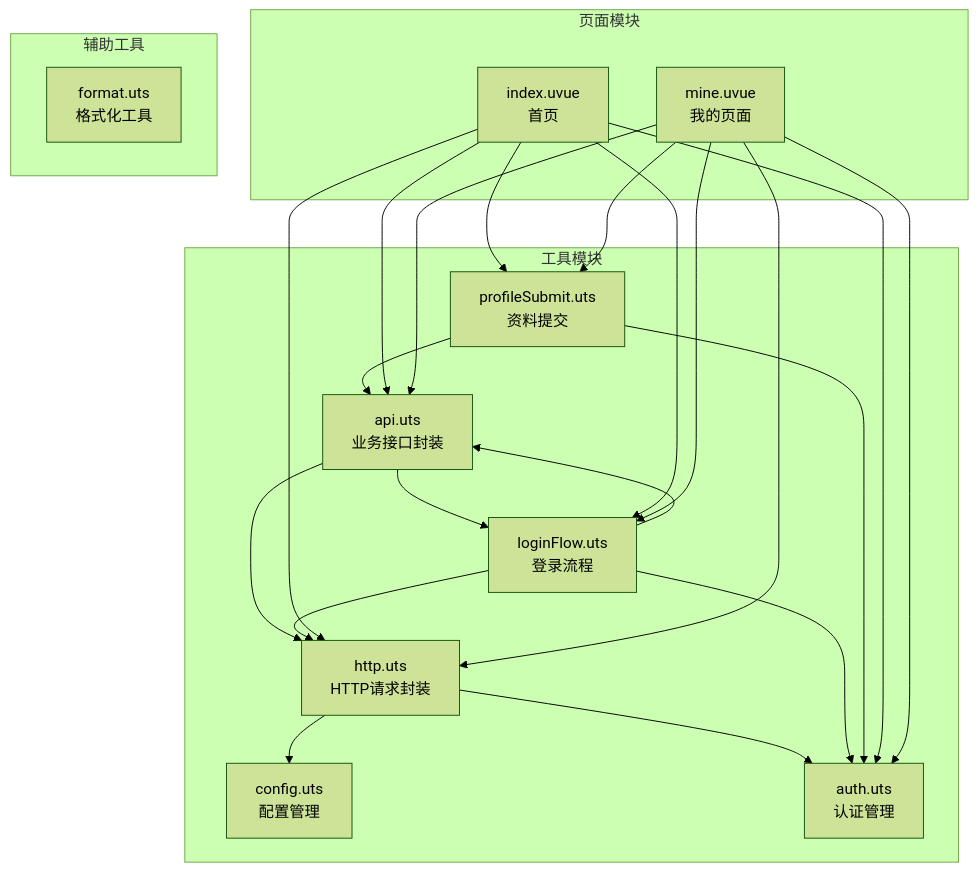
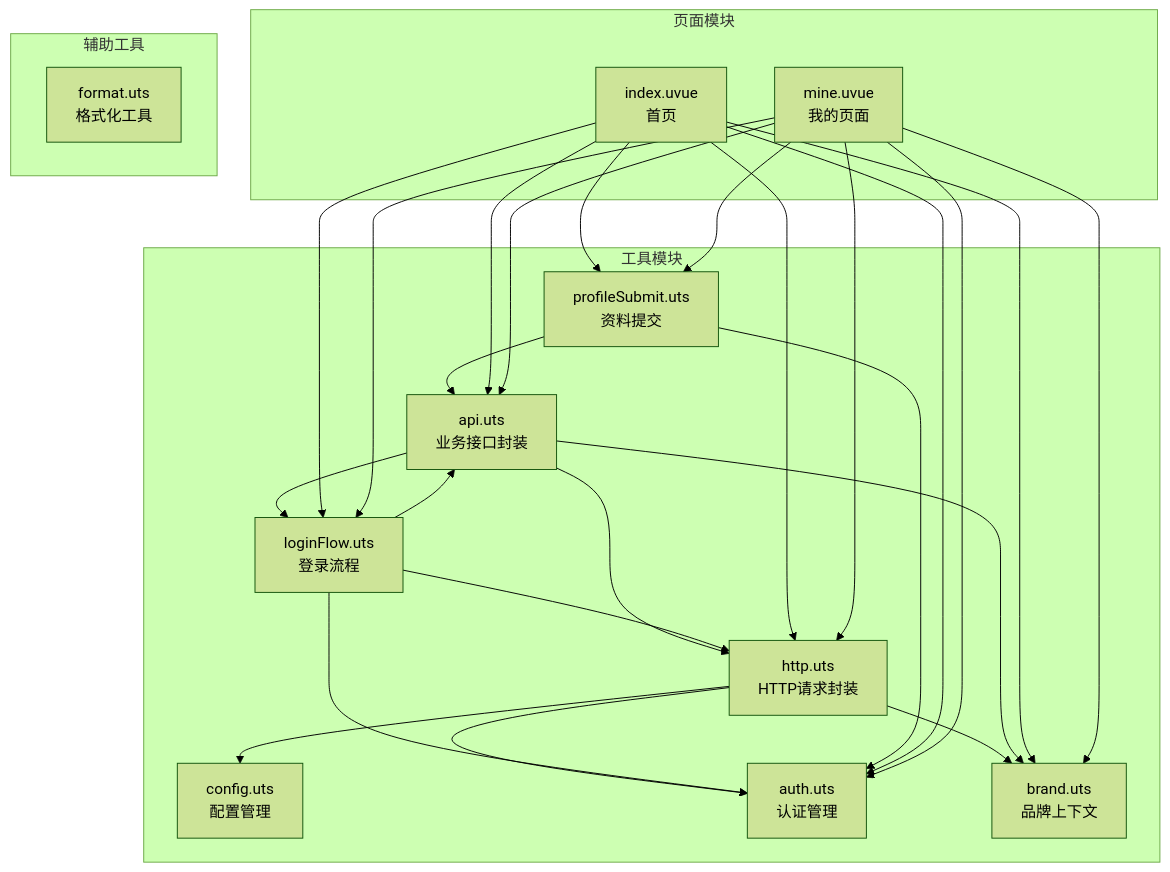
One commit to crazyma99/blueberry changed the first of 9 diagrams in .qoder/repowiki/zh/content/工具模块详解/HTTP请求封装器.md. Above: the diagram before and after it, drawn with Mermaid (forest theme). The commit also changed other lines of this file and 6 other files, not shown here.

````diff
--- a/.qoder/repowiki/zh/content/工具模块详解/HTTP请求封装器.md
+++ b/.qoder/repowiki/zh/content/工具模块详解/HTTP请求封装器.md
@@ -46,37 +47,42 @@
 ```mermaid
 graph TB
 subgraph "工具模块"
 HTTP[http.uts<br/>HTTP请求封装]
 CONFIG[config.uts<br/>配置管理]
 AUTH[auth.uts<br/>认证管理]
+BRAND[brand.uts<br/>品牌上下文]
 API[api.uts<br/>业务接口封装]
 LOGIN[loginFlow.uts<br/>登录流程]
 PROFILE[profileSubmit.uts<br/>资料提交]
 end
 subgraph "页面模块"
 INDEX[index.uvue<br/>首页]
 MINE[mine.uvue<br/>我的页面]
 end
 subgraph "辅助工具"
 FORMAT[format.uts<br/>格式化工具]
 end
 HTTP --> CONFIG
 HTTP --> AUTH
+HTTP --> BRAND
 API --> HTTP
 API --> LOGIN
+API --> BRAND
 LOGIN --> API
 LOGIN --> AUTH
 LOGIN --> HTTP
 PROFILE --> API
 PROFILE --> AUTH
 INDEX --> API
 INDEX --> AUTH
 INDEX --> LOGIN
 INDEX --> PROFILE
 INDEX --> HTTP
+INDEX --> BRAND
 MINE --> API
 MINE --> AUTH
 MINE --> LOGIN
 MINE --> PROFILE
 MINE --> HTTP
+MINE --> BRAND
 ```
````
